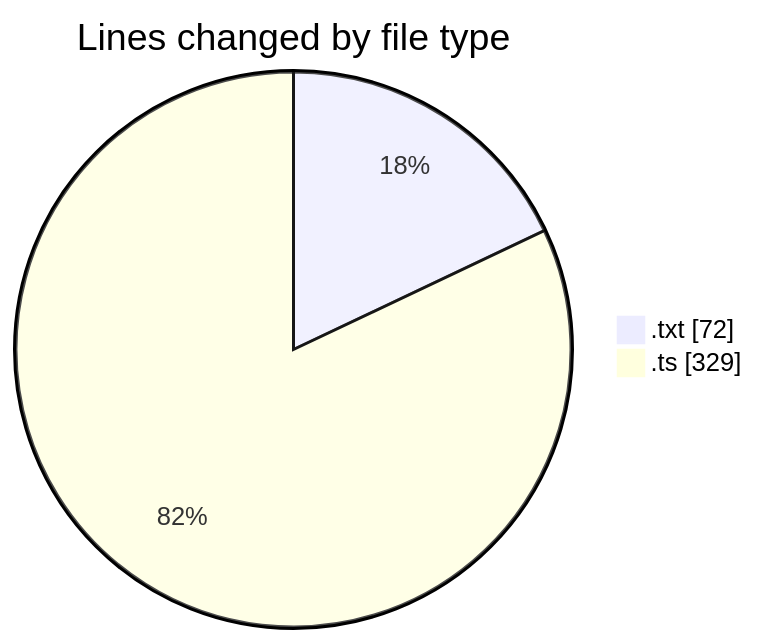
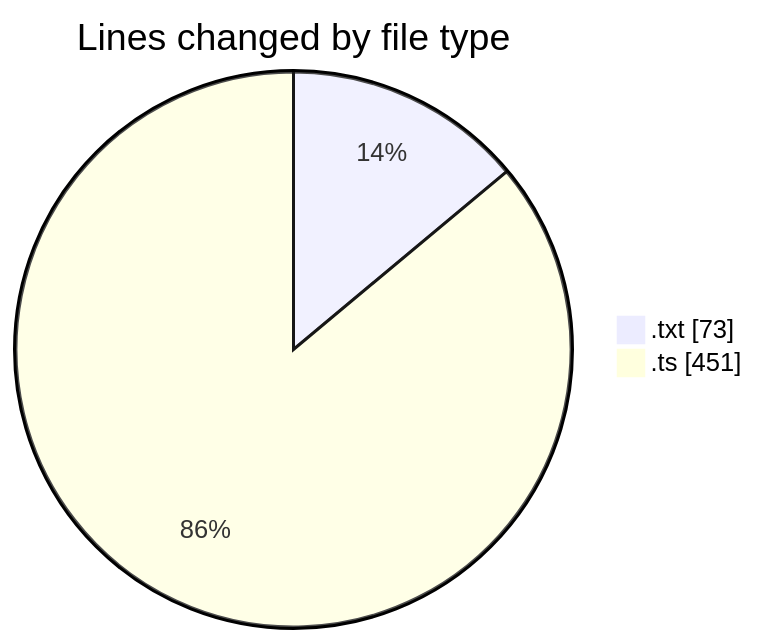
Before and after one commit to CELIANVF/code-tracking: the first of 2 diagrams in 2025-05-28/ecodeli-1/README.md, drawn with Mermaid. The commit also changed other lines of this file and 1 other file, not shown here.

````diff
--- a/2025-05-28/ecodeli-1/README.md
+++ b/2025-05-28/ecodeli-1/README.md
@@ -23,6 +25,6 @@
 ```mermaid
 pie showData
 title Lines changed by file type
-".txt" : 72
-".ts" : 329
+".txt" : 73
+".ts" : 451
 ```
````
